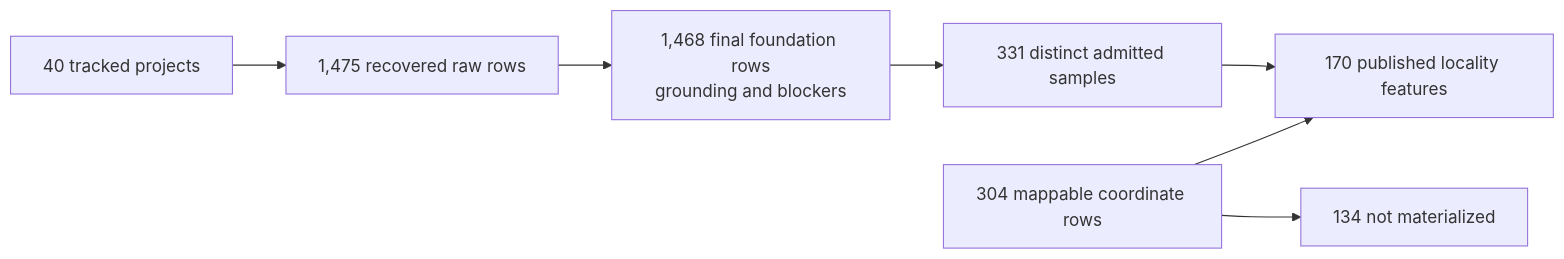
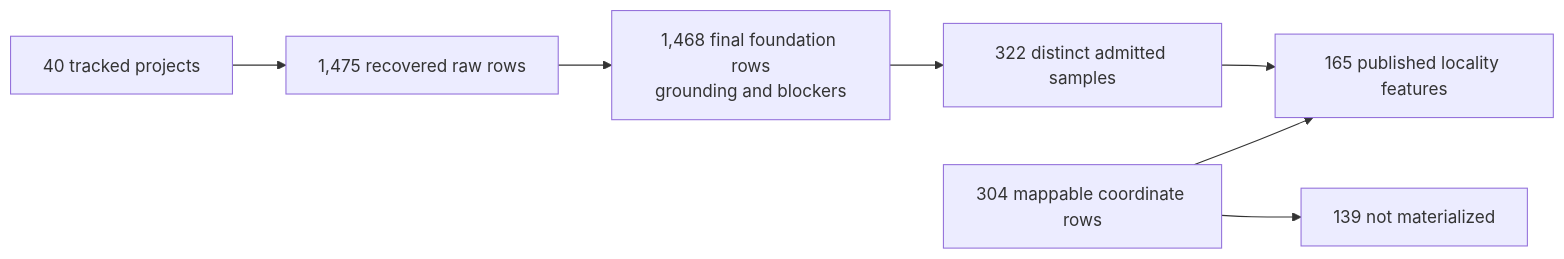
The third of 8 diagrams in docs/public/pollenomics-data/evidence/index.md (bijux/bijux-pollenomics), drawn with Mermaid before and after one commit. The commit also changed other lines of this file and 956 other files, not shown here.

````diff
--- a/docs/public/pollenomics-data/evidence/index.md
+++ b/docs/public/pollenomics-data/evidence/index.md
@@ -132,9 +132,9 @@
 ```mermaid
 flowchart LR
     Inventory["40 tracked projects"] --> Raw["1,475 recovered raw rows"]
     Raw --> Foundation["1,468 final foundation rows<br/>grounding and blockers"]
-    Foundation --> Samples["331 distinct admitted samples"]
-    Samples --> Product["170 published locality features"]
+    Foundation --> Samples["322 distinct admitted samples"]
+    Samples --> Product["165 published locality features"]
     Mappable["304 mappable coordinate rows"] --> Product
-    Mappable --> Excluded["134 not materialized"]
+    Mappable --> Excluded["139 not materialized"]
 ```
````
